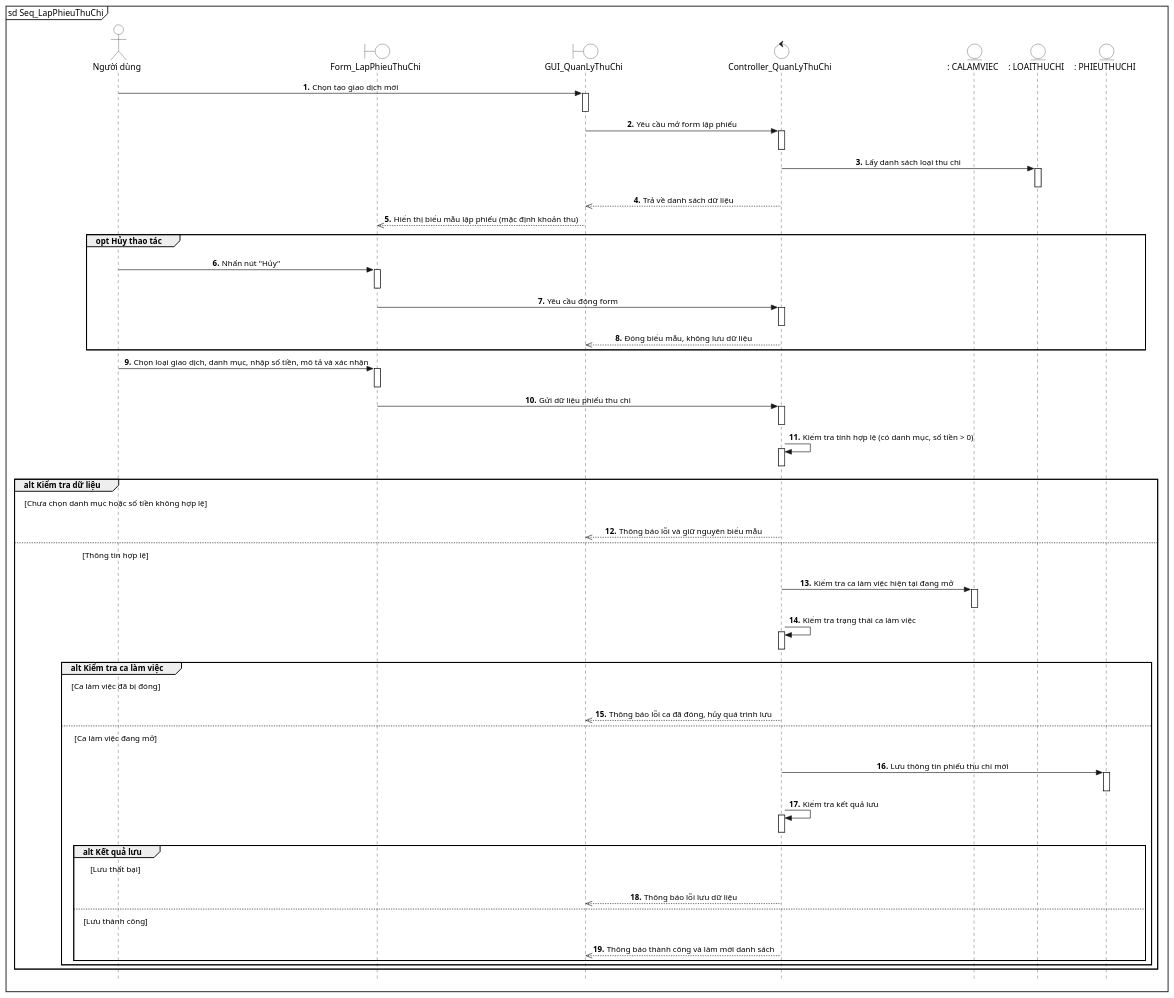
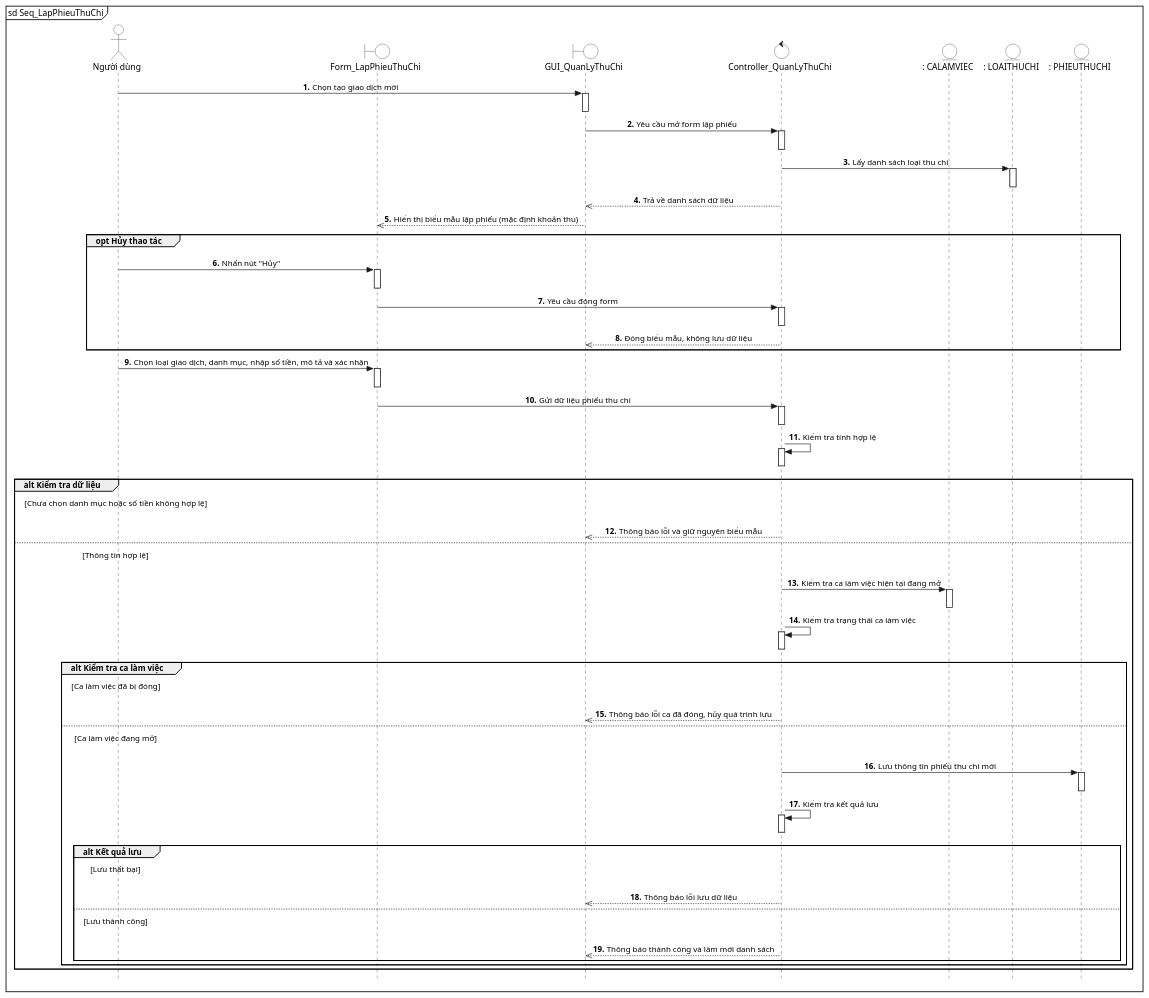
The diagram in diagram/sq_Khang/56_LapPhieuThuChi.puml (lancelotviendangkhoa710/IS-System-Development), drawn with PlantUML before and after one commit. The commit also changed 4 other files, not shown here.

Commit message:
update: sequence baocaothongke, quanlythuchi

```diff
--- a/diagram/sq_Khang/56_LapPhieuThuChi.puml
+++ b/diagram/sq_Khang/56_LapPhieuThuChi.puml
@@ -1,116 +1,116 @@
 @startuml LapPhieuThuChi
 mainframe sd Seq_LapPhieuThuChi
 autonumber "<b>##."
 skinparam sequenceMessageAlign center
 skinparam style strictuml
 
     skinparam noteBackgroundColor transparent
     skinparam noteBorderColor transparent
 
 actor "Người dùng" as ND #White
 boundary "Form_LapPhieuThuChi" as FRM #White
 boundary "GUI_QuanLyThuChi" as UI #White
 control "Controller_QuanLyThuChi" as SYS #White
 entity ": CALAMVIEC" as DB_CLV #White
 entity ": LOAITHUCHI" as DB_LTC #White
 entity ": PHIEUTHUCHI" as DB_PTC #White
 
 ND -> UI: Chọn tạo giao dịch mới
 activate UI
 deactivate UI
 
 UI -> SYS: Yêu cầu mở form lập phiếu
 activate SYS
 deactivate SYS
 
 SYS -> DB_LTC: Lấy danh sách loại thu chi
 activate DB_LTC
 deactivate DB_LTC
 
 SYS -->> UI: Trả về danh sách dữ liệu
 
 UI -->> FRM: Hiển thị biểu mẫu lập phiếu (mặc định khoản thu)
 
 group opt Hủy thao tác
     autonumber stop
     ND -[hidden]-> DB_PTC
     autonumber resume "<b>##."
     ND -> FRM: Nhấn nút "Hủy"
     activate FRM
     deactivate FRM
     
 FRM -> SYS: Yêu cầu đóng form
     activate SYS
     deactivate SYS
     
     SYS -->> UI: Đóng biểu mẫu, không lưu dữ liệu
 end
 
 
 ND -> FRM: Chọn loại giao dịch, danh mục, nhập số tiền, mô tả và xác nhận
 activate FRM
 deactivate FRM
 
 FRM -> SYS: Gửi dữ liệu phiếu thu chi
 activate SYS
 deactivate SYS
 
-SYS -> SYS: Kiểm tra tính hợp lệ (có danh mục, số tiền > 0)
+SYS -> SYS: Kiểm tra tính hợp lệ
 activate SYS
 deactivate SYS
 
 group alt Kiểm tra dữ liệu
     note over of ND: [Chưa chọn danh mục hoặc số tiền không hợp lệ]
     autonumber stop
     ND -[hidden]-> DB_PTC
     autonumber resume "<b>##."
     SYS -->> UI: Thông báo lỗi và giữ nguyên biểu mẫu
 else 
     note over of ND: [Thông tin hợp lệ]
     autonumber stop
     ND -[hidden]-> DB_PTC
     autonumber resume "<b>##."
     SYS -> DB_CLV: Kiểm tra ca làm việc hiện tại đang mở
     activate DB_CLV
     deactivate DB_CLV
 
     SYS -> SYS: Kiểm tra trạng thái ca làm việc
     activate SYS
     deactivate SYS
 
     group alt Kiểm tra ca làm việc
         note over of ND: [Ca làm việc đã bị đóng]
         autonumber stop
         ND -[hidden]-> DB_PTC
         autonumber resume "<b>##."
         SYS -->> UI: Thông báo lỗi ca đã đóng, hủy quá trình lưu
     else 
         note over of ND: [Ca làm việc đang mở]
         autonumber stop
         ND -[hidden]-> DB_PTC
         autonumber resume "<b>##."
         SYS -> DB_PTC: Lưu thông tin phiếu thu chi mới
         activate DB_PTC
         deactivate DB_PTC
 
         SYS -> SYS: Kiểm tra kết quả lưu
         activate SYS
         deactivate SYS
         
         group alt Kết quả lưu
             note over of ND: [Lưu thất bại]
             autonumber stop
             ND -[hidden]-> DB_PTC
             autonumber resume "<b>##."
             SYS -->> UI: Thông báo lỗi lưu dữ liệu
         else 
             note over of ND: [Lưu thành công]
             autonumber stop
             ND -[hidden]-> DB_PTC
             autonumber resume "<b>##."
             SYS -->> UI: Thông báo thành công và làm mới danh sách
         end
     end
 end
 
 @enduml
```
